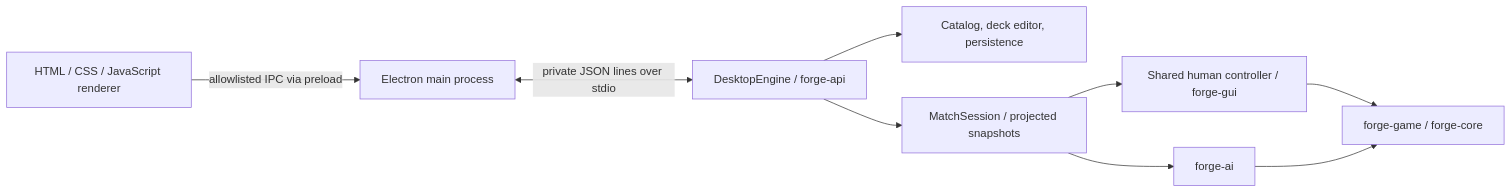
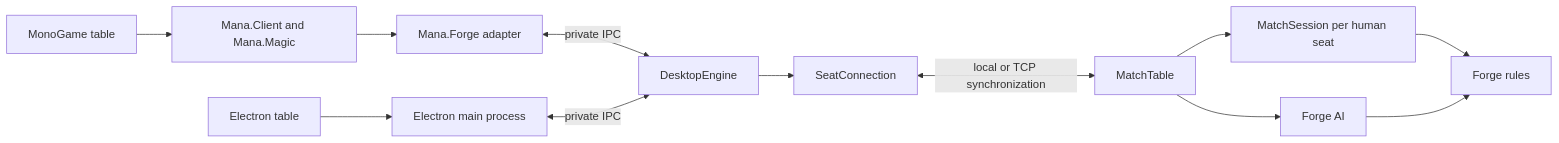
One commit to proflayton/Mana-Table changed the diagram in docs/Development/Mana-Table-Architecture.md. Above: the diagram before and after it, drawn with Mermaid. The commit also changed other lines of this file and 136 other files, not shown here.

Commit message:
Build native Commander client on shared engine and seat contracts

````diff
--- a/docs/Development/Mana-Table-Architecture.md
+++ b/docs/Development/Mana-Table-Architecture.md
@@ -6,11 +218,14 @@
 ```mermaid
 flowchart LR
-    Renderer[HTML / CSS / JavaScript renderer] -->|allowlisted IPC via preload| Desktop[Electron main process]
-    Desktop <-->|private JSON lines over stdio| Host[DesktopEngine / forge-api]
-    Host --> Decks[Catalog, deck editor, persistence]
-    Host --> Match[MatchSession / projected snapshots]
-    Match --> Controller[Shared human controller / forge-gui]
-    Match --> AI[forge-ai]
-    Controller --> Rules[forge-game / forge-core]
+    Native[MonoGame table] --> Client[Mana.Client and Mana.Magic]
+    Client --> Adapter[Mana.Forge adapter]
+    Electron[Electron table] --> Desktop[Electron main process]
+    Adapter <-->|private IPC| Host[DesktopEngine]
+    Desktop <-->|private IPC| Host
+    Host --> Connection[SeatConnection]
+    Connection <-->|local or TCP synchronization| Table[MatchTable]
+    Table --> Seats[MatchSession per human seat]
+    Table --> AI[Forge AI]
+    Seats --> Rules[Forge rules]
     AI --> Rules
 ```
````
